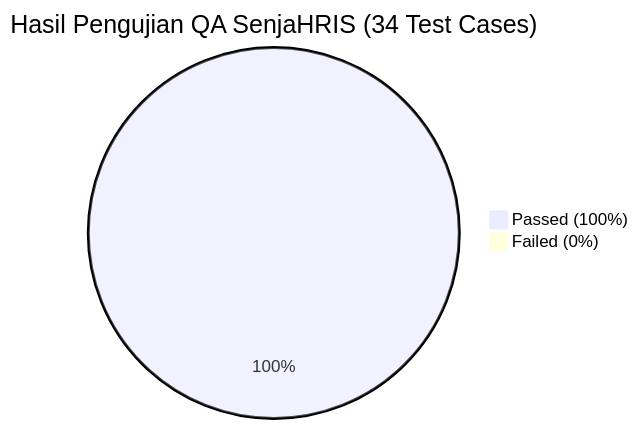
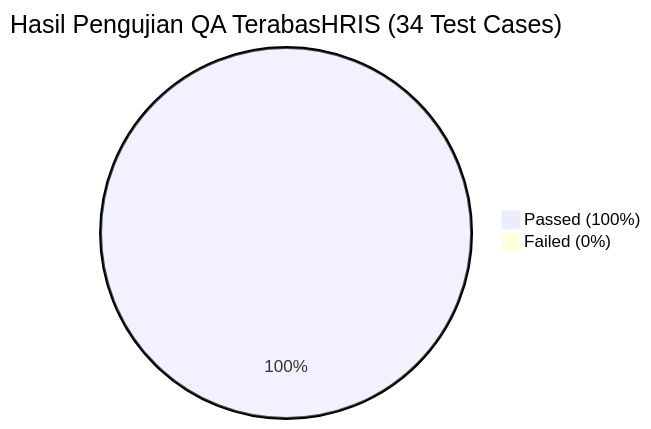
Before and after one commit to Icankkkk/hris_app: the diagram in report/QA_TEST_REPORT.md, drawn with Mermaid. The commit also changed other lines of this file and 12 other files, not shown here.

Commit message:
feat: rebrand system name from SenjaHRIS to TerabasHRIS across UI, PDF generator, and business documentation

````diff
--- a/report/QA_TEST_REPORT.md
+++ b/report/QA_TEST_REPORT.md
@@ -16,5 +16,5 @@
 ```mermaid
-pie title Hasil Pengujian QA SenjaHRIS (34 Test Cases)
+pie title Hasil Pengujian QA TerabasHRIS (34 Test Cases)
     "Passed (100%)" : 34
     "Failed (0%)" : 0
 ```
````
